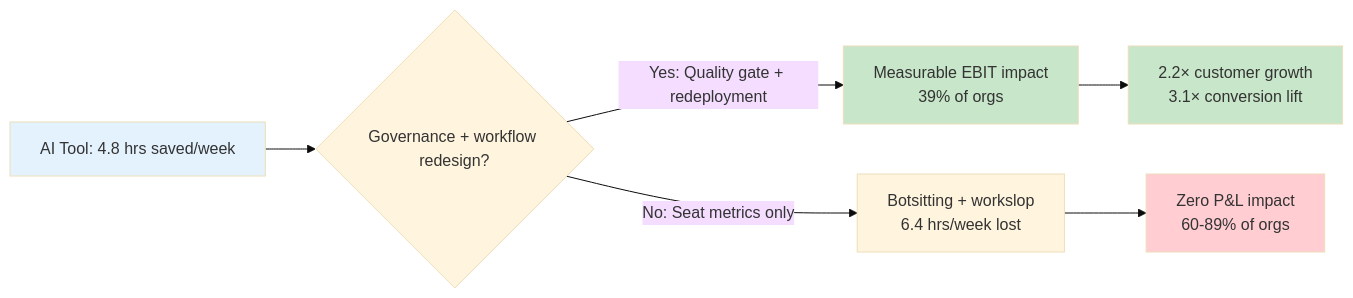
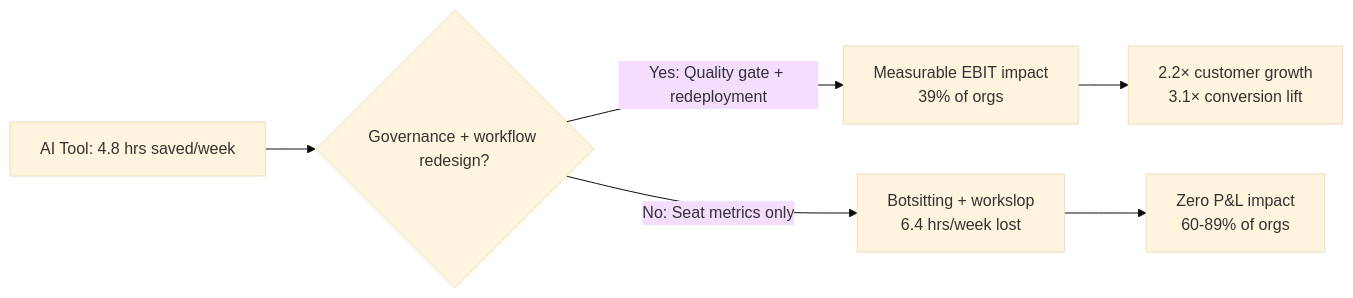
The diagram in content/blog/the-19-problem-what-gartner-s-productivity-surveys.mdx (TarrySingh/tarrysingh-com), drawn with Mermaid (base theme) before and after one commit. The commit also changed other lines of this file and 115 other files, not shown here.

````diff
--- a/content/blog/the-19-problem-what-gartner-s-productivity-surveys.mdx
+++ b/content/blog/the-19-problem-what-gartner-s-productivity-surveys.mdx
@@ -57,13 +53,9 @@
 ```mermaid
 flowchart LR
     A[AI Tool: 4.8 hrs saved/week] --> B{Governance + workflow redesign?}
     B -->|Yes: Quality gate + redeployment| C[Measurable EBIT impact<br/>39% of orgs]
     B -->|No: Seat metrics only| D[Botsitting + workslop<br/>6.4 hrs/week lost]
     D --> E[Zero P&L impact<br/>60-89% of orgs]
     C --> F[2.2× customer growth<br/>3.1× conversion lift]
-    style A fill:#e3f2fd
-    style C fill:#c8e6c9
-    style E fill:#ffcdd2
-    style F fill:#c8e6c9
     %% The honest measurement problem: time saved becomes margin only when organisations can redeploy capacity under a quality regime that distinguishes signal from workslop.
 ```
````
